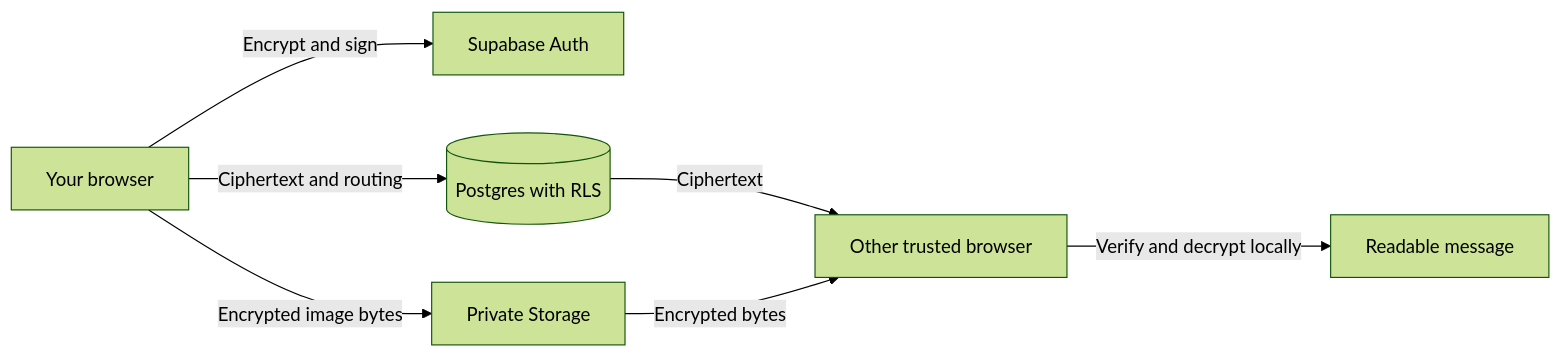
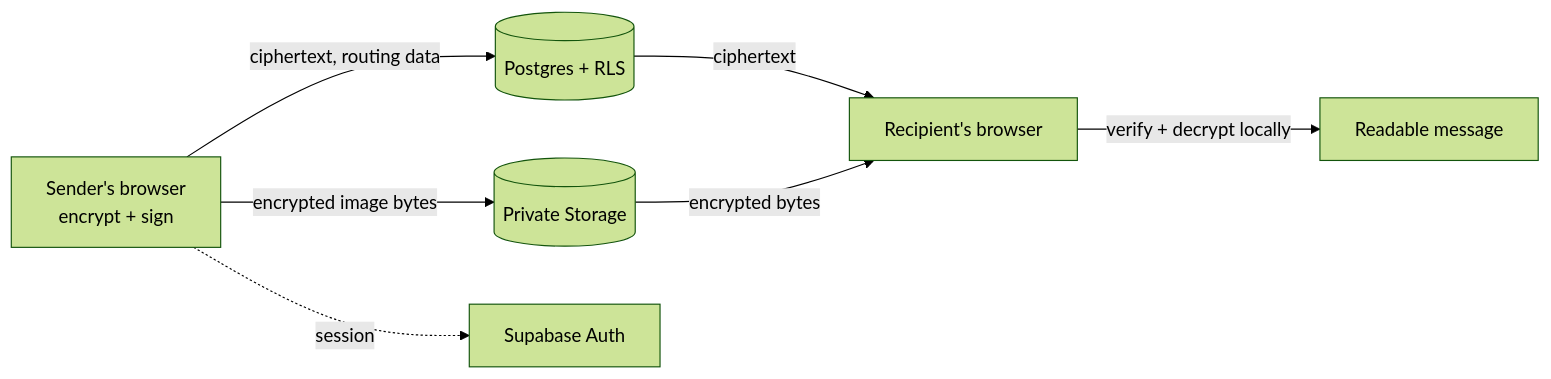
Before and after one commit to nari442/SloppyChat: the diagram in README.md, drawn with Mermaid (forest theme). The commit also changed other lines of this file, not shown here.

````diff
--- a/README.md
+++ b/README.md
@@ -19,9 +47,9 @@
 ```mermaid
 flowchart LR
-  A[Your browser] -->|Encrypt and sign| B[Supabase Auth]
-  A -->|Ciphertext and routing| C[(Postgres with RLS)]
-  A -->|Encrypted image bytes| D[Private Storage]
-  C -->|Ciphertext| E[Other trusted browser]
-  D -->|Encrypted bytes| E
-  E -->|Verify and decrypt locally| F[Readable message]
+  A[Sender's browser<br/>encrypt + sign] -->|ciphertext, routing data| C[(Postgres + RLS)]
+  A -->|encrypted image bytes| D[(Private Storage)]
+  A -. session .-> B[Supabase Auth]
+  C -->|ciphertext| E[Recipient's browser]
+  D -->|encrypted bytes| E
+  E -->|verify + decrypt locally| F[Readable message]
 ```
````
